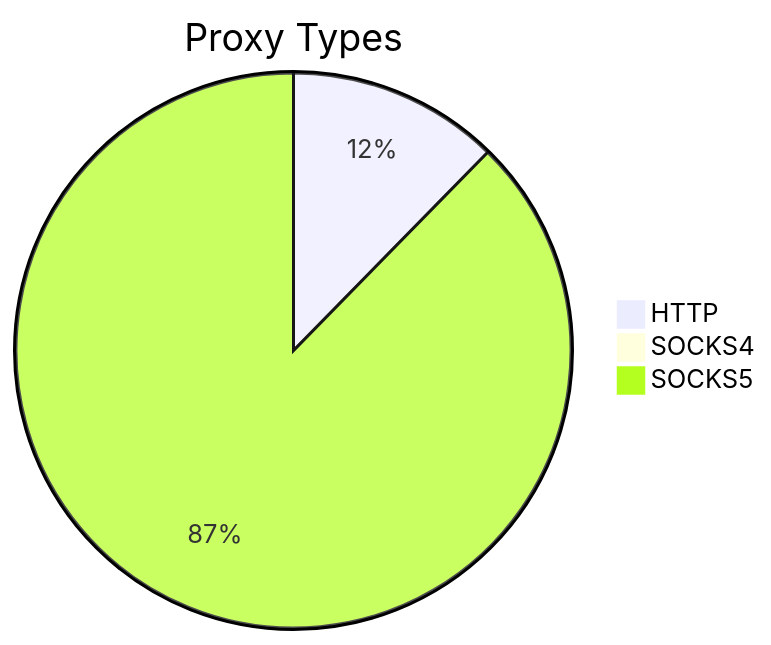
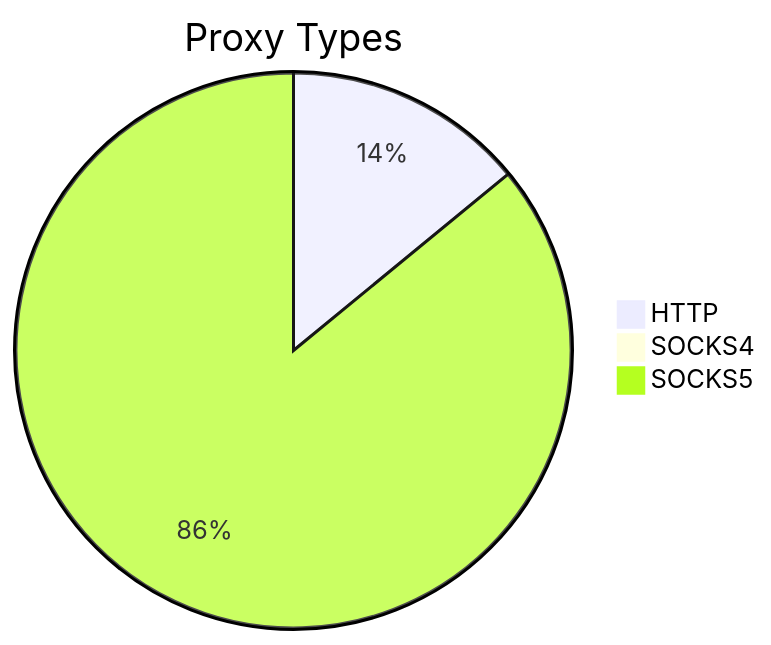
Before and after one commit to stormsia/proxy-list: the first of 2 diagrams in README.md, drawn with Mermaid. The commit also changed other lines of this file, not shown here.

````diff
--- a/README.md
+++ b/README.md
@@ -21,6 +21,6 @@
 ```mermaid
 pie title Proxy Types
-    "HTTP" : 537
-    "SOCKS4" : 41
-    "SOCKS5" : 3815
+    "HTTP" : 381
+    "SOCKS4" : 14
+    "SOCKS5" : 2330
 ```
````
